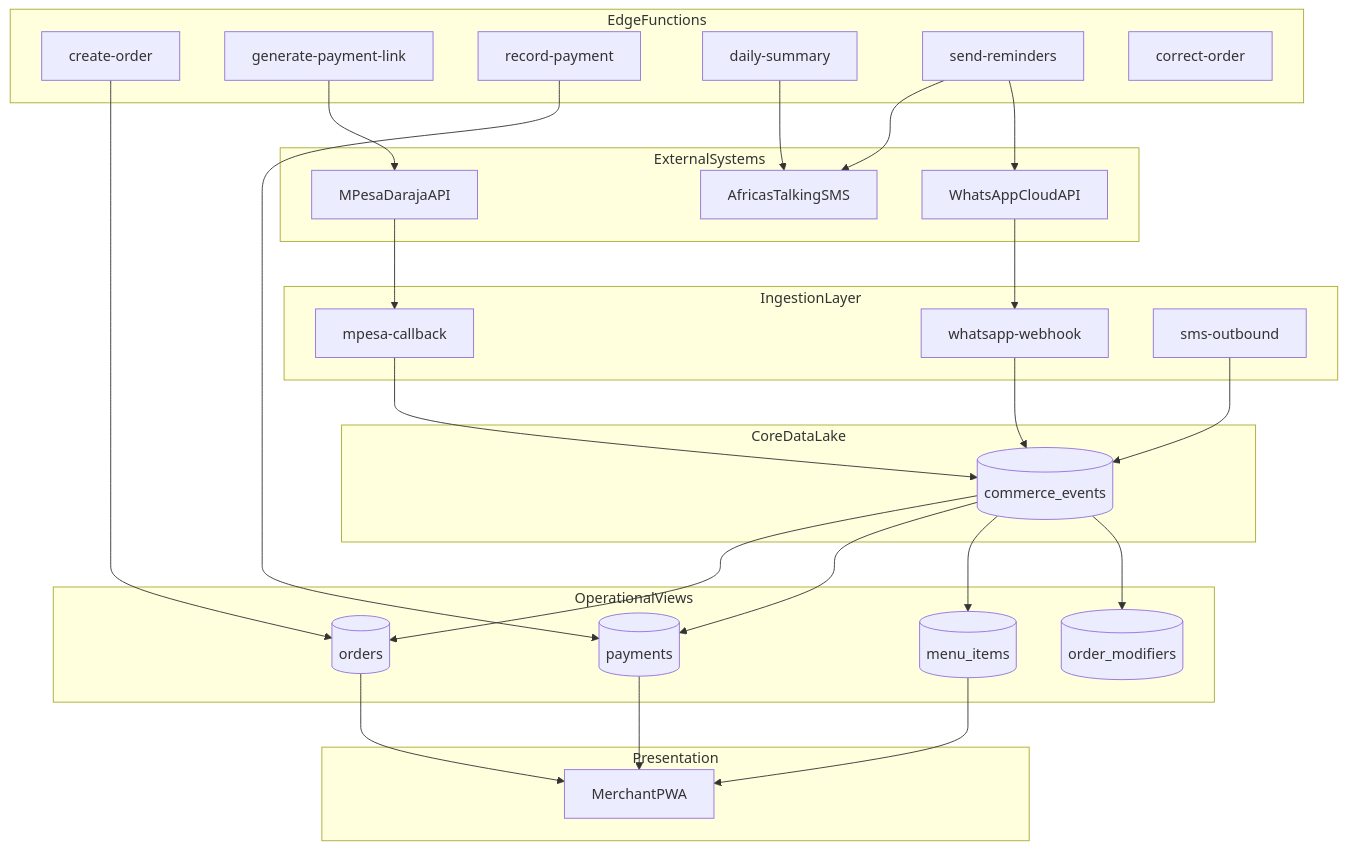
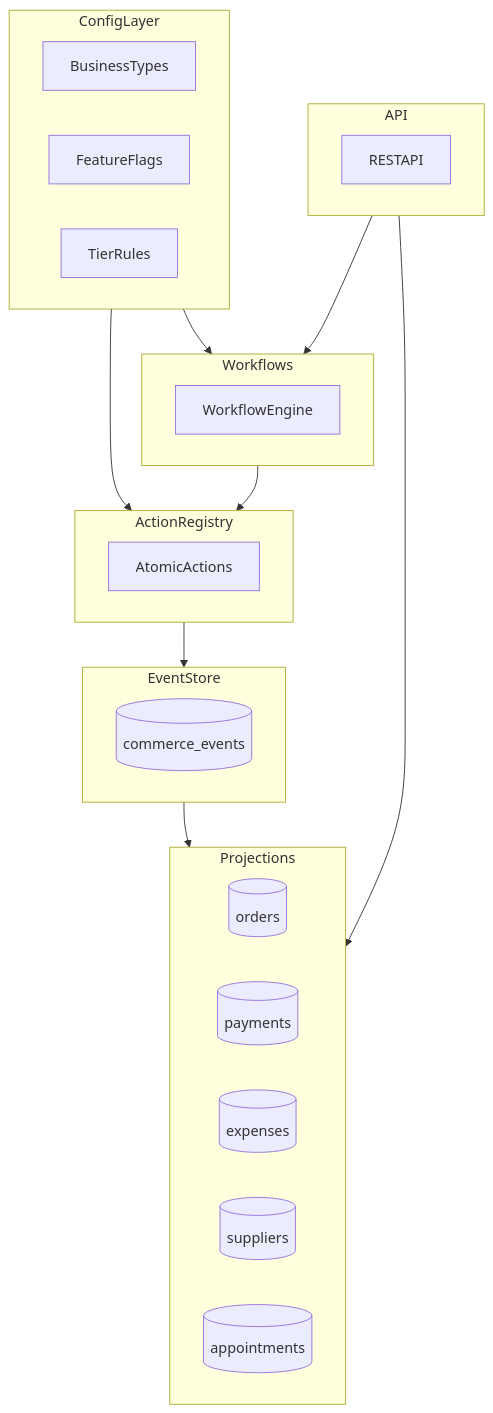
The diagram in ARCHITECTURE.md (Jaabir-yahya/WABAAA), drawn with Mermaid before and after one commit. The commit also changed other lines of this file and 77 other files, not shown here.

````diff
--- a/ARCHITECTURE.md
+++ b/ARCHITECTURE.md
@@ -7,57 +9,40 @@
 ```mermaid
 flowchart TB
-  subgraph externalSystems [ExternalSystems]
-    waCloud["WhatsAppCloudAPI"]
-    mpesaDaraja["MPesaDarajaAPI"]
-    africaTalking["AfricasTalkingSMS"]
+  subgraph configLayer[ConfigLayer]
+    businessTypes[BusinessTypes]
+    featureFlags[FeatureFlags]
+    tiers[TierRules]
   end
 
-  subgraph ingestionLayer [IngestionLayer]
-    waWebhook["whatsapp-webhook"]
-    mpesaCallback["mpesa-callback"]
-    smsOutbound["sms-outbound"]
+  subgraph actionLayer[ActionRegistry]
+    actions[AtomicActions]
   end
 
-  subgraph coreLayer [CoreDataLake]
+  subgraph eventLayer[EventStore]
     events[(commerce_events)]
   end
 
-  subgraph projections [OperationalViews]
+  subgraph projectionLayer[Projections]
     orders[(orders)]
     payments[(payments)]
-    menuItems[(menu_items)]
-    modifiers[(order_modifiers)]
+    expenses[(expenses)]
+    suppliers[(suppliers)]
+    appointments[(appointments)]
   end
 
-  subgraph serviceLayer [EdgeFunctions]
-    createOrder["create-order"]
-    generatePayment["generate-payment-link"]
-    recordPayment["record-payment"]
-    dailySummary["daily-summary"]
-    sendReminders["send-reminders"]
-    correctOrder["correct-order"]
+  subgraph workflowLayer[Workflows]
+    workflows[WorkflowEngine]
   end
 
-  subgraph uiLayer [Presentation]
-    merchantPwa["MerchantPWA"]
+  subgraph apiLayer[API]
+    api[RESTAPI]
   end
 
-  waCloud --> waWebhook
-  mpesaDaraja --> mpesaCallback
-  waWebhook --> events
-  mpesaCallback --> events
-  smsOutbound --> events
-  events --> orders
-  events --> payments
-  events --> menuItems
-  events --> modifiers
-  orders --> merchantPwa
-  payments --> merchantPwa
-  menuItems --> merchantPwa
-  createOrder --> orders
-  generatePayment --> mpesaDaraja
-  recordPayment --> payments
-  dailySummary --> africaTalking
-  sendReminders --> africaTalking
-  sendReminders --> waCloud
+  configLayer --> actionLayer
+  actionLayer --> eventLayer
+  eventLayer --> projectionLayer
+  configLayer --> workflowLayer
+  workflowLayer --> actionLayer
+  apiLayer --> workflowLayer
+  apiLayer --> projectionLayer
 ```
````
